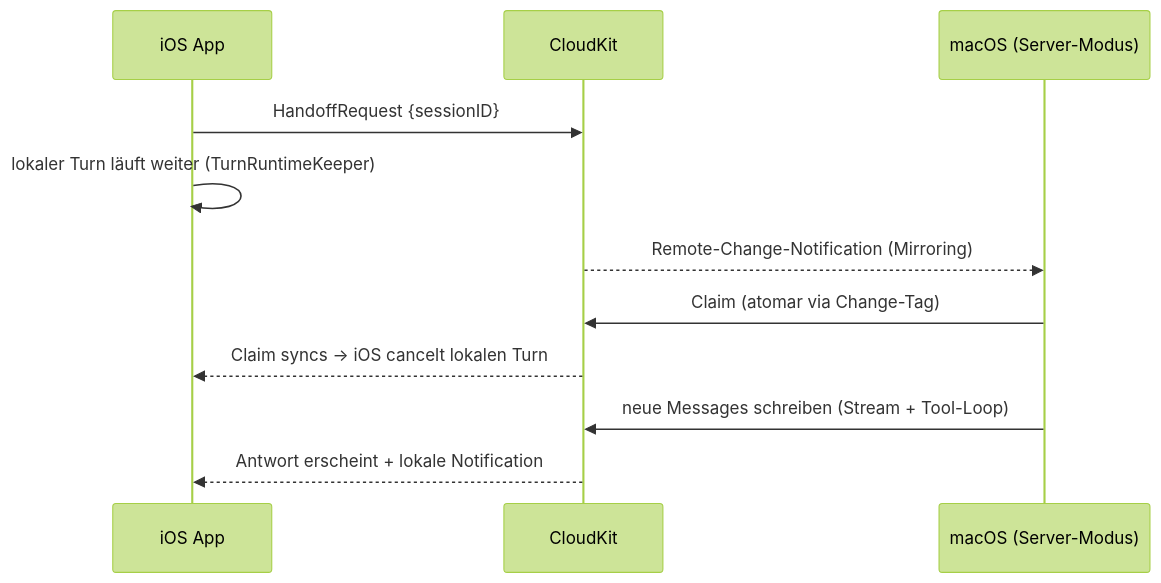
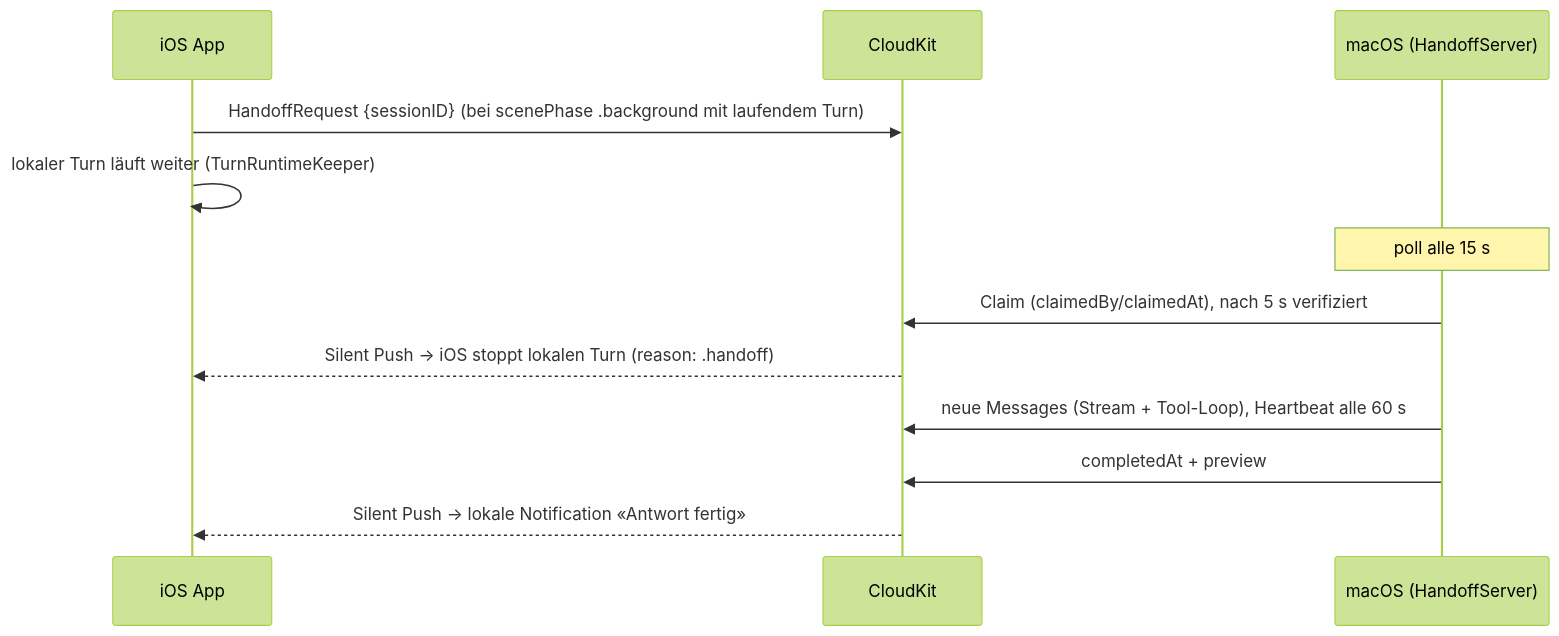
One commit to budoteam/chatter changed the diagram in SERVER-HANDOFF.md. Above: the diagram before and after it, drawn with Mermaid (forest theme). The commit also changed other lines of this file and 12 other files, not shown here.

````diff
--- a/SERVER-HANDOFF.md
+++ b/SERVER-HANDOFF.md
@@ -35,13 +28,14 @@
 ```mermaid
 sequenceDiagram
     participant iOS as iOS App
     participant CK as CloudKit
-    participant S as macOS (Server-Modus)
-    iOS->>CK: HandoffRequest {sessionID}
+    participant S as macOS (HandoffServer)
+    iOS->>CK: HandoffRequest {sessionID} (bei scenePhase .background mit laufendem Turn)
     iOS->>iOS: lokaler Turn läuft weiter (TurnRuntimeKeeper)
-    CK-->>S: Remote-Change-Notification (Mirroring)
-    S->>CK: Claim (atomar via Change-Tag)
-    CK-->>iOS: Claim syncs → iOS cancelt lokalen Turn
-    S->>CK: neue Messages schreiben (Stream + Tool-Loop)
-    CK-->>iOS: Antwort erscheint + lokale Notification
+    Note over S: poll alle 15 s
+    S->>CK: Claim (claimedBy/claimedAt), nach 5 s verifiziert
+    CK-->>iOS: Silent Push → iOS stoppt lokalen Turn (reason: .handoff)
+    S->>CK: neue Messages (Stream + Tool-Loop), Heartbeat alle 60 s
+    S->>CK: completedAt + preview
+    CK-->>iOS: Silent Push → lokale Notification «Antwort fertig»
 ```
````
